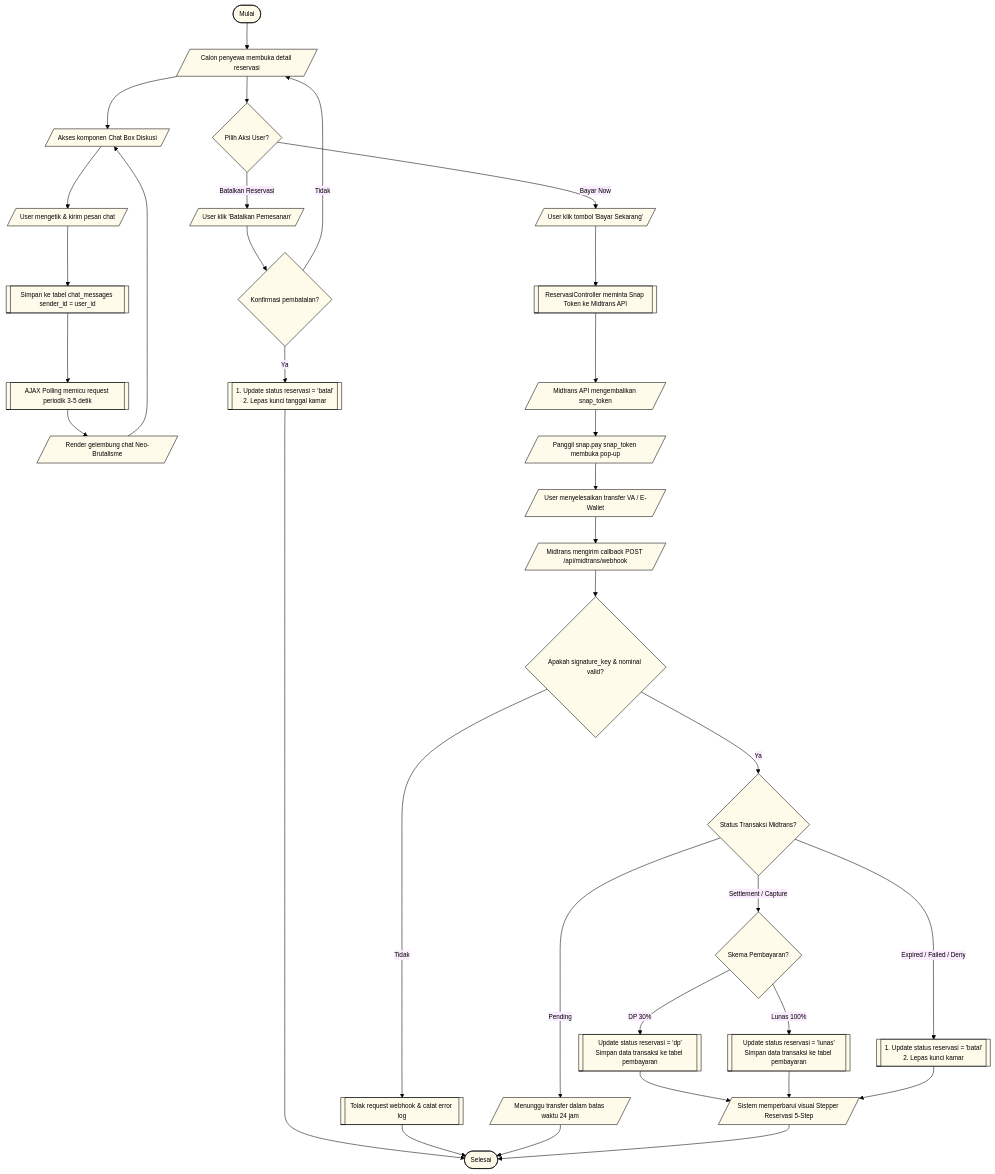
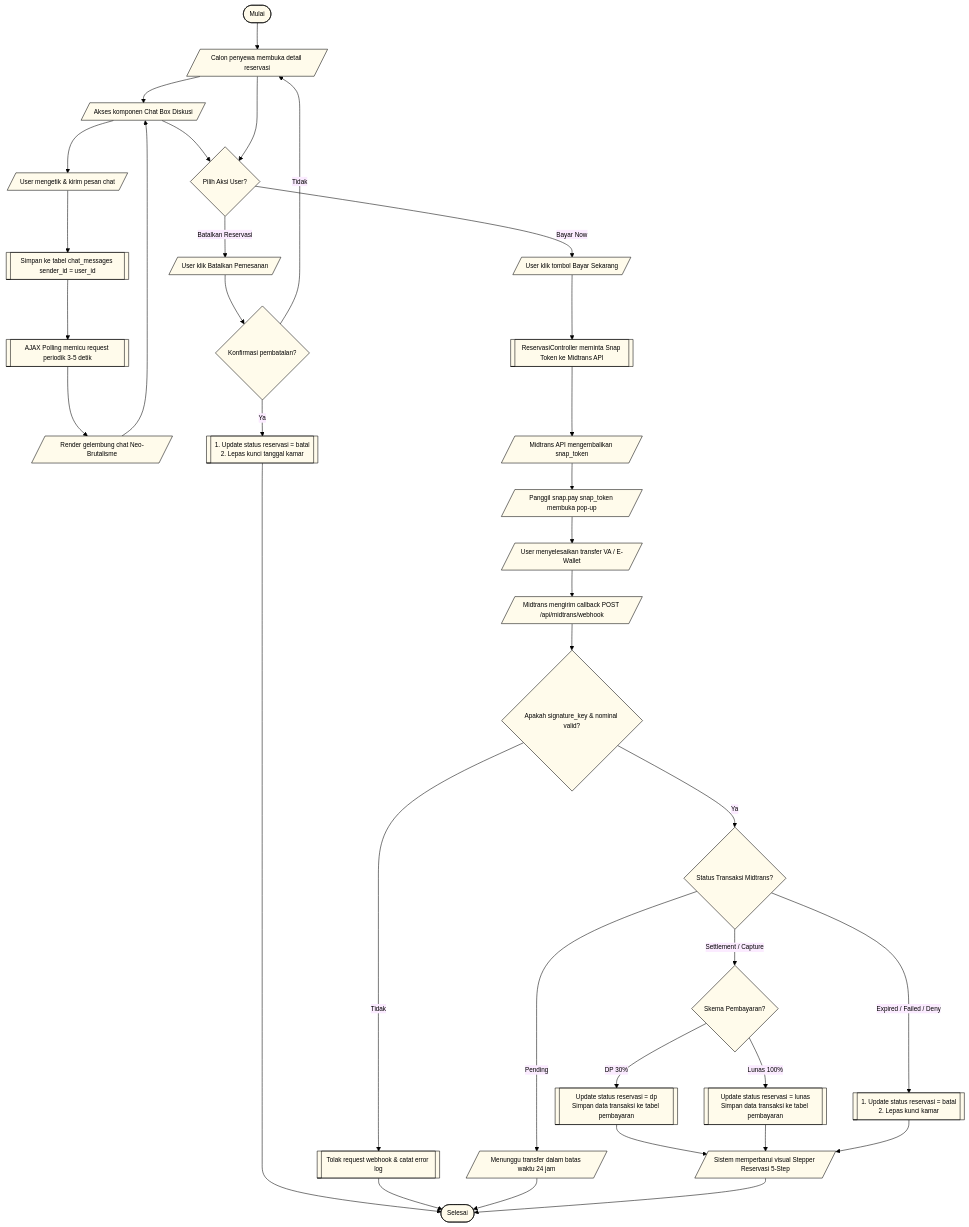
The sixth of 24 diagrams in Blueprint/Flowchart_Kost.md (rafifarsyapradiva/asri-boarding-house), drawn with Mermaid before and after one commit. The commit also changed other lines of this file and 40 other files, not shown here.

Commit message:
docs(flowchart): audit ISO 5807, eliminasi dead-end & loop, diagram alur keputusan terpadu, dan update blueprint v238.0

````diff
--- a/Blueprint/Flowchart_Kost.md
+++ b/Blueprint/Flowchart_Kost.md
@@ -568,58 +794,60 @@
 ```mermaid
 %%{init: {
   'theme': 'base',
   'themeVariables': {
     'primaryColor': '#FFFBEB',
     'primaryTextColor': '#000000',
     'primaryBorderColor': '#000000',
     'lineColor': '#000000',
     'fontSize': '12px',
     'fontFamily': 'Inter, system-ui, sans-serif'
   }
 }}%%
 flowchart TD
     Start([Mulai]) --> BukaDetailReservasi[/Calon penyewa membuka detail reservasi/]
     
     BukaDetailReservasi --> ChatSection[/Akses komponen Chat Box Diskusi/]
     ChatSection --> KirimPesan[/User mengetik & kirim pesan chat/]
     KirimPesan --> SimpanPesan[[Simpan ke tabel chat_messages sender_id = user_id]]
     SimpanPesan --> AJAXPolling[[AJAX Polling memicu request periodik 3-5 detik]]
     AJAXPolling --> RenderBubble[/Render gelembung chat Neo-Brutalisme/]
     RenderBubble --> ChatSection
     
-    BukaDetailReservasi --> PilihAksi{"Pilih Aksi User?"}
+    %% Exit gate dari Chat Box menuju tindakan reservasi %%
+    ChatSection --> PilihAksi{"Pilih Aksi User?"}
+    BukaDetailReservasi --> PilihAksi
     
-    PilihAksi -- "Batalkan Reservasi" --> KlikBatal[/User klik 'Batalkan Pemesanan'/]
+    PilihAksi -- "Batalkan Reservasi" --> KlikBatal[/User klik Batalkan Pemesanan/]
     KlikBatal --> KonfirmasiBatal{"Konfirmasi pembatalan?"}
     KonfirmasiBatal -- "Tidak" --> BukaDetailReservasi
-    KonfirmasiBatal -- "Ya" --> SetBatalUser[[1. Update status reservasi = 'batal'<br>2. Lepas kunci tanggal kamar]]
+    KonfirmasiBatal -- "Ya" --> SetBatalUser[[1. Update status reservasi = batal<br>2. Lepas kunci tanggal kamar]]
     SetBatalUser --> Selesai([Selesai])
     
-    PilihAksi -- "Bayar Now" --> KlikBayar[/User klik tombol 'Bayar Sekarang'/]
+    PilihAksi -- "Bayar Now" --> KlikBayar[/User klik tombol Bayar Sekarang/]
     KlikBayar --> ReqSnapToken[[ReservasiController meminta Snap Token ke Midtrans API]]
     ReqSnapToken --> ReturnSnapToken[/Midtrans API mengembalikan snap_token/]
     ReturnSnapToken --> OpenSnapModal[/Panggil snap.pay snap_token membuka pop-up/]
     OpenSnapModal --> SelesaikanPembayaran[/User menyelesaikan transfer VA / E-Wallet/]
     
     SelesaikanPembayaran --> WebhookMidtrans[/Midtrans mengirim callback POST /api/midtrans/webhook/]
     WebhookMidtrans --> ValidasiSignature{"Apakah signature_key & nominal valid?"}
     
     ValidasiSignature -- "Tidak" --> RejectWebhook[[Tolak request webhook & catat error log]]
     RejectWebhook --> Selesai
     
     ValidasiSignature -- "Ya" --> EvaluasiStatusMidtrans{"Status Transaksi Midtrans?"}
     
     EvaluasiStatusMidtrans -- "Settlement / Capture" --> CekSkemaBayar{"Skema Pembayaran?"}
-    CekSkemaBayar -- "DP 30%" --> SetStatusDP[[Update status reservasi = 'dp'<br>Simpan data transaksi ke tabel pembayaran]]
-    CekSkemaBayar -- "Lunas 100%" --> SetStatusLunas[[Update status reservasi = 'lunas'<br>Simpan data transaksi ke tabel pembayaran]]
+    CekSkemaBayar -- "DP 30%" --> SetStatusDP[[Update status reservasi = dp<br>Simpan data transaksi ke tabel pembayaran]]
+    CekSkemaBayar -- "Lunas 100%" --> SetStatusLunas[[Update status reservasi = lunas<br>Simpan data transaksi ke tabel pembayaran]]
     
     EvaluasiStatusMidtrans -- "Pending" --> WaitStatus[/Menunggu transfer dalam batas waktu 24 jam/]
     WaitStatus --> Selesai
     
-    EvaluasiStatusMidtrans -- "Expired / Failed / Deny" --> SetBatalSystem[[1. Update status reservasi = 'batal'<br>2. Lepas kunci kamar]]
+    EvaluasiStatusMidtrans -- "Expired / Failed / Deny" --> SetBatalSystem[[1. Update status reservasi = batal<br>2. Lepas kunci kamar]]
     
     SetStatusDP --> ReloadUI[/Sistem memperbarui visual Stepper Reservasi 5-Step/]
     SetStatusLunas --> ReloadUI
     SetBatalSystem --> ReloadUI
     ReloadUI --> Selesai
 ```
````
